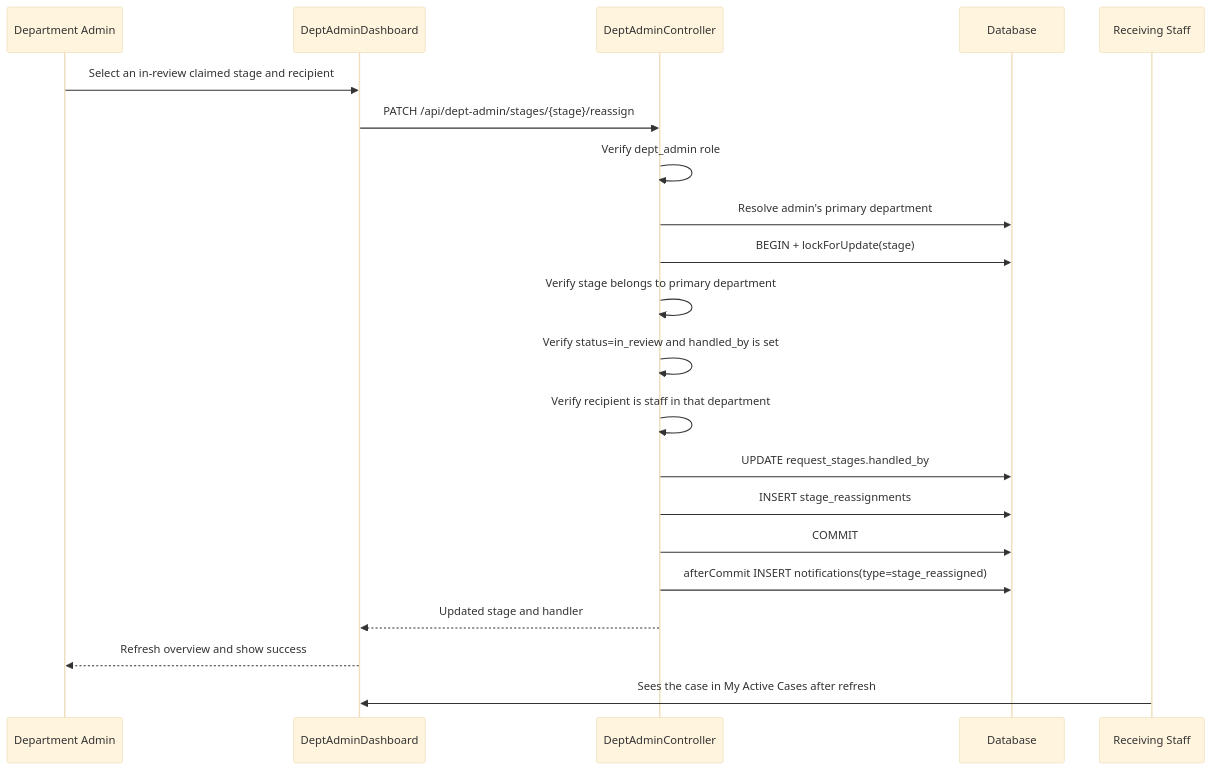
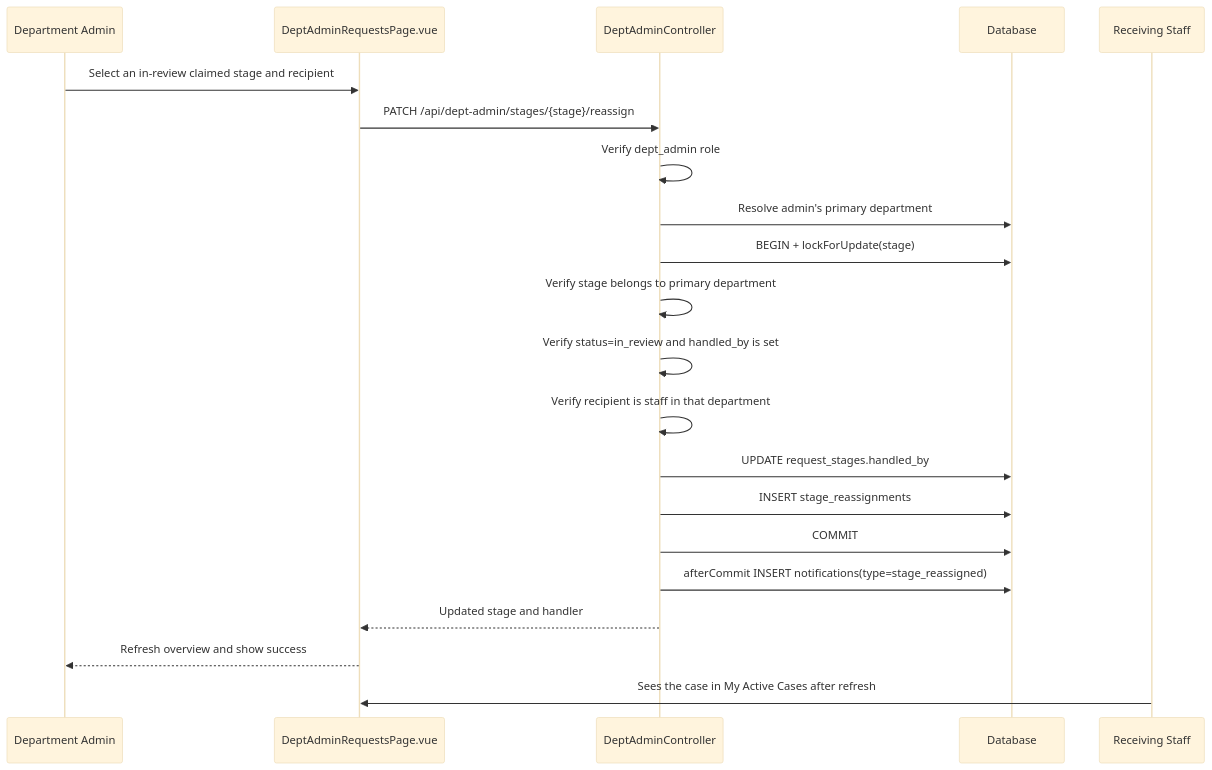
Before and after one commit to Sama-Mokom/CampusDesk: the fifth of 11 diagrams in Docs/USER_FLOWS.md, drawn with Mermaid (base theme). The commit also changed other lines of this file and 31 other files, not shown here.

````diff
--- a/Docs/USER_FLOWS.md
+++ b/Docs/USER_FLOWS.md
@@ -165,24 +167,24 @@
 ```mermaid
 sequenceDiagram
     participant DA as Department Admin
-    participant UI as DeptAdminDashboard
+    participant UI as DeptAdminRequestsPage.vue
     participant API as DeptAdminController
     participant DB as Database
     participant RS as Receiving Staff
 
     DA->>UI: Select an in-review claimed stage and recipient
     UI->>API: PATCH /api/dept-admin/stages/{stage}/reassign
     API->>API: Verify dept_admin role
     API->>DB: Resolve admin's primary department
     API->>DB: BEGIN + lockForUpdate(stage)
     API->>API: Verify stage belongs to primary department
     API->>API: Verify status=in_review and handled_by is set
     API->>API: Verify recipient is staff in that department
     API->>DB: UPDATE request_stages.handled_by
     API->>DB: INSERT stage_reassignments
     API->>DB: COMMIT
     API->>DB: afterCommit INSERT notifications(type=stage_reassigned)
     API-->>UI: Updated stage and handler
     UI-->>DA: Refresh overview and show success
     RS->>UI: Sees the case in My Active Cases after refresh
 ```
````
